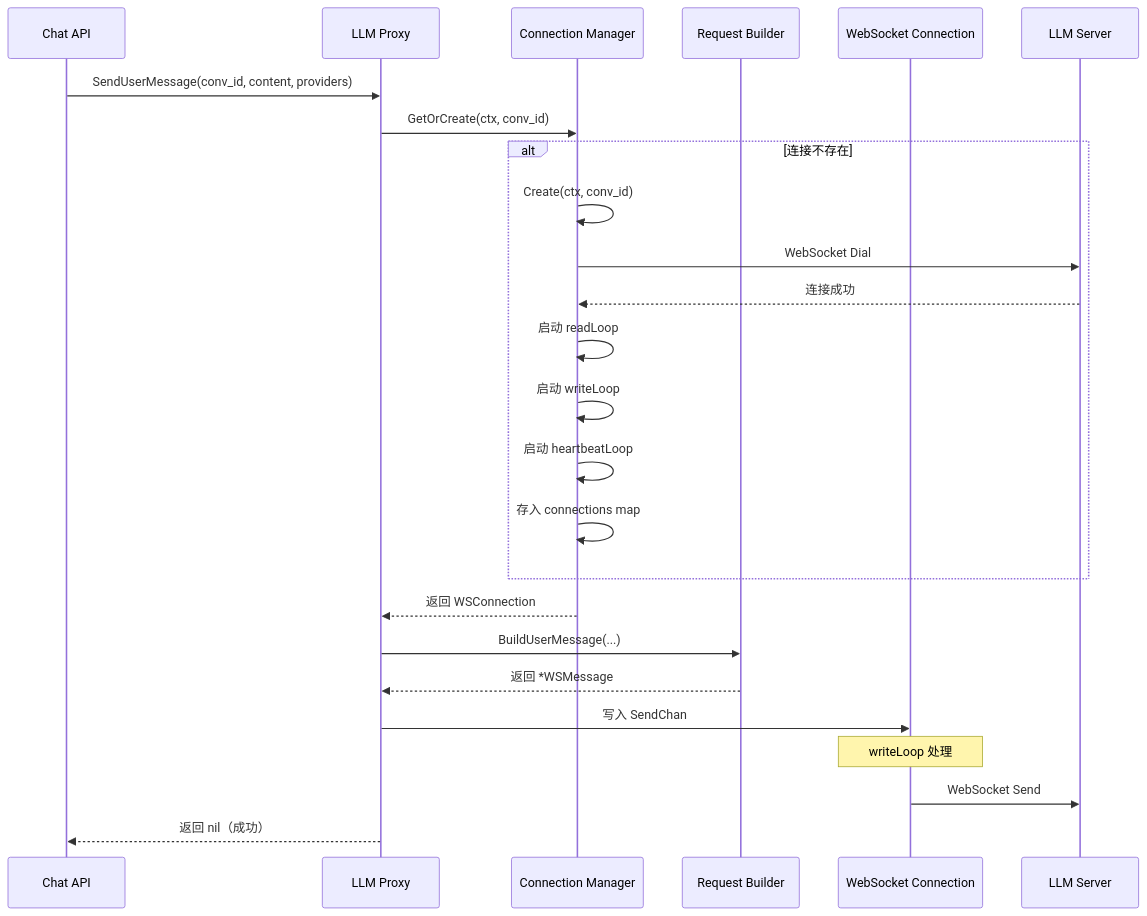
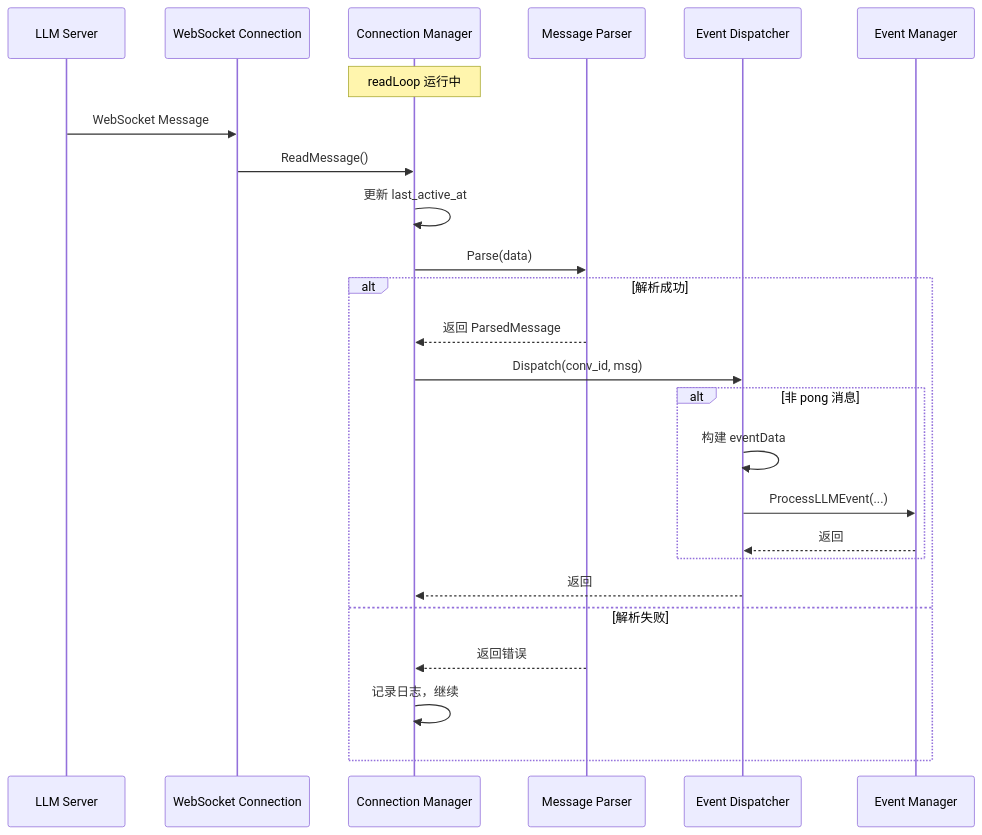
Before and after one commit to yingjianzh/iodraw-files: the diagram in all/未命名-10.md, drawn with Mermaid.

Commit message:
2025-12-25 18:11:49 update

````diff
--- a/all/未命名-10.md
+++ b/all/未命名-10.md
@@ -1,35 +1,34 @@
 ```mermaid
 sequenceDiagram
-    participant ChatAPI as Chat API
-    participant LLMProxy as LLM Proxy
+    participant LLMServer as LLM Server
+    participant WSConn as WebSocket Connection
     participant ConnMgr as Connection Manager
-    participant ReqBuilder as Request Builder
-    participant WSConn as WebSocket Connection
-    participant LLMServer as LLM Server
+    participant MsgParser as Message Parser
+    participant Dispatcher as Event Dispatcher
+    participant EventMgr as Event Manager
 
-    ChatAPI->>LLMProxy: SendUserMessage(conv_id, content, providers)
+    Note over ConnMgr: readLoop 运行中
+
+    LLMServer->>WSConn: WebSocket Message
+    WSConn->>ConnMgr: ReadMessage()
     
-    LLMProxy->>ConnMgr: GetOrCreate(ctx, conv_id)
+    ConnMgr->>ConnMgr: 更新 last_active_at
     
-    alt 连接不存在
-        ConnMgr->>ConnMgr: Create(ctx, conv_id)
-        ConnMgr->>LLMServer: WebSocket Dial
-        LLMServer-->>ConnMgr: 连接成功
-        ConnMgr->>ConnMgr: 启动 readLoop
-        ConnMgr->>ConnMgr: 启动 writeLoop
-        ConnMgr->>ConnMgr: 启动 heartbeatLoop
-        ConnMgr->>ConnMgr: 存入 connections map
+    ConnMgr->>MsgParser: Parse(data)
+    
+    alt 解析成功
+        MsgParser-->>ConnMgr: 返回 ParsedMessage
+        ConnMgr->>Dispatcher: Dispatch(conv_id, msg)
+        
+        alt 非 pong 消息
+            Dispatcher->>Dispatcher: 构建 eventData
+            Dispatcher->>EventMgr: ProcessLLMEvent(...)
+            EventMgr-->>Dispatcher: 返回
+        end
+        
+        Dispatcher-->>ConnMgr: 返回
+    else 解析失败
+        MsgParser-->>ConnMgr: 返回错误
+        ConnMgr->>ConnMgr: 记录日志，继续
     end
-    
-    ConnMgr-->>LLMProxy: 返回 WSConnection
-    
-    LLMProxy->>ReqBuilder: BuildUserMessage(...)
-    ReqBuilder-->>LLMProxy: 返回 *WSMessage
-    
-    LLMProxy->>WSConn: 写入 SendChan
-    
-    Note over WSConn: writeLoop 处理
-    WSConn->>LLMServer: WebSocket Send
-    
-    LLMProxy-->>ChatAPI: 返回 nil（成功）
 ```
````
